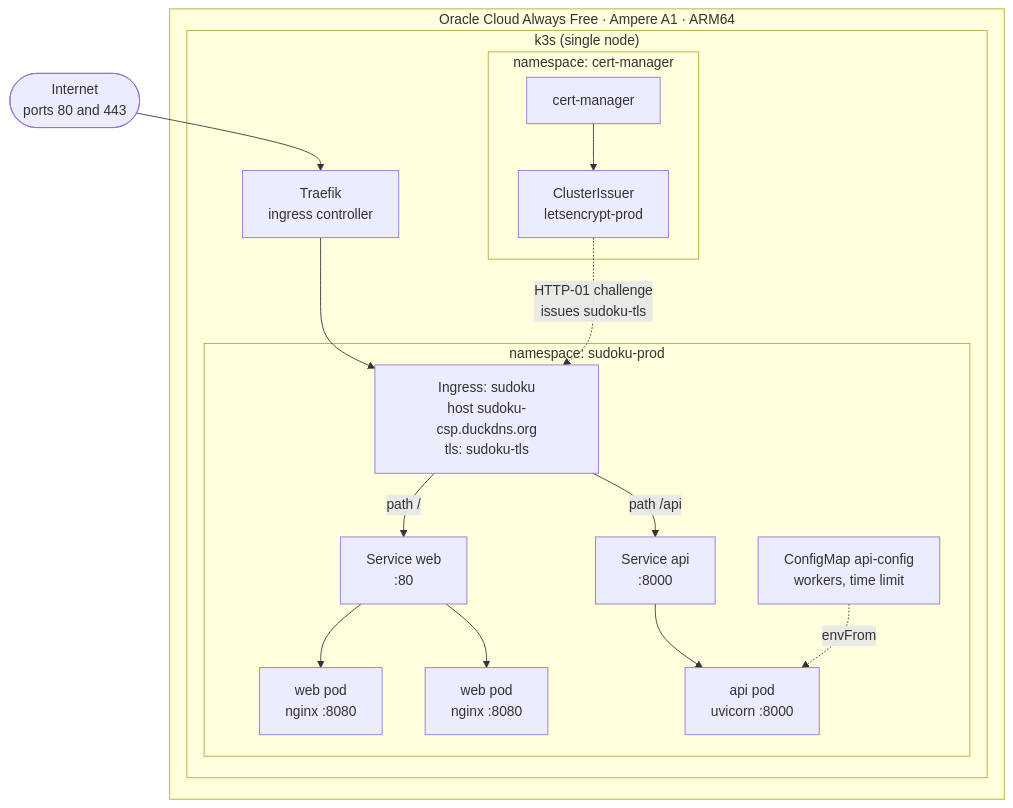
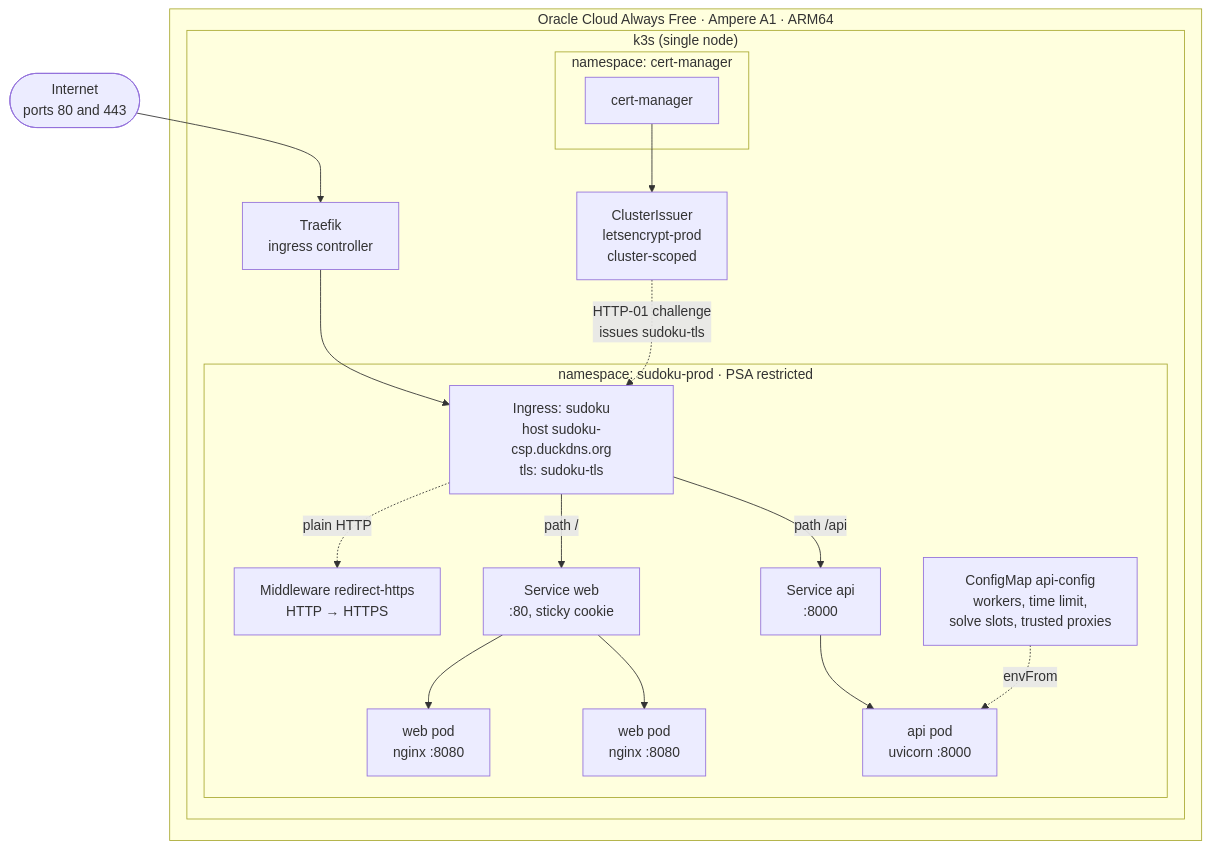
The third of 4 diagrams in ARCHITECTURE.md (edwinargueta/Sudoku-Solver-Google-OR-tools), drawn with Mermaid before and after one commit. The commit also changed other lines of this file and 71 other files, not shown here.

````diff
--- a/ARCHITECTURE.md
+++ b/ARCHITECTURE.md
@@ -105,36 +129,39 @@
 ```mermaid
 flowchart TB
     NET(["Internet<br/>ports 80 and 443"])
 
     subgraph vm["Oracle Cloud Always Free · Ampere A1 · ARM64"]
         subgraph k3s["k3s (single node)"]
             TR["Traefik<br/>ingress controller"]
 
             subgraph cm["namespace: cert-manager"]
                 CM["cert-manager"]
-                CI["ClusterIssuer<br/>letsencrypt-prod"]
             end
 
-            subgraph ns["namespace: sudoku-prod"]
+            CI["ClusterIssuer<br/>letsencrypt-prod<br/>cluster-scoped"]
+
+            subgraph ns["namespace: sudoku-prod · PSA restricted"]
                 ING["Ingress: sudoku<br/>host sudoku-csp.duckdns.org<br/>tls: sudoku-tls"]
-                SVCW["Service web<br/>:80"]
+                MW["Middleware redirect-https<br/>HTTP → HTTPS"]
+                SVCW["Service web<br/>:80, sticky cookie"]
                 SVCA["Service api<br/>:8000"]
                 PODW1["web pod<br/>nginx :8080"]
                 PODW2["web pod<br/>nginx :8080"]
                 PODA["api pod<br/>uvicorn :8000"]
-                CMAP["ConfigMap api-config<br/>workers, time limit"]
+                CMAP["ConfigMap api-config<br/>workers, time limit,<br/>solve slots, trusted proxies"]
             end
         end
     end
 
     NET --> TR
     TR --> ING
+    ING -. "plain HTTP" .-> MW
     ING -- "path /" --> SVCW
     ING -- "path /api" --> SVCA
     SVCW --> PODW1
     SVCW --> PODW2
     SVCA --> PODA
     CMAP -. "envFrom" .-> PODA
     CM --> CI
     CI -. "HTTP-01 challenge<br/>issues sudoku-tls" .-> ING
 ```
````
